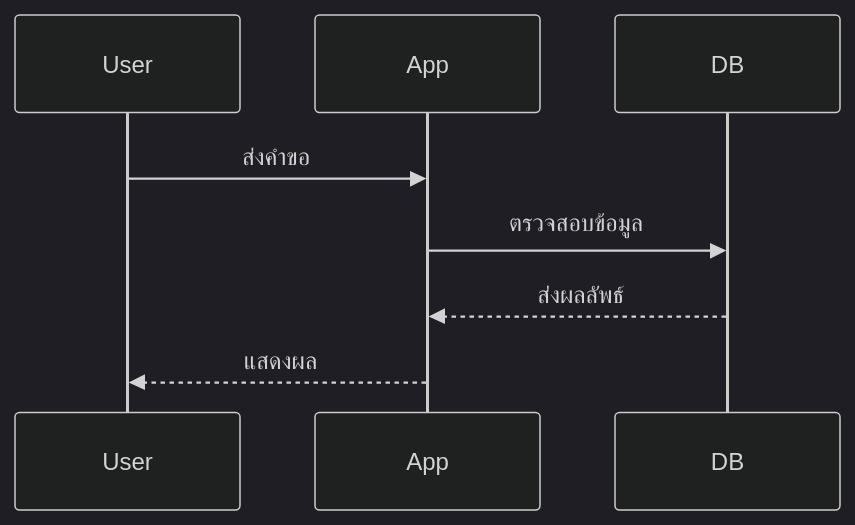
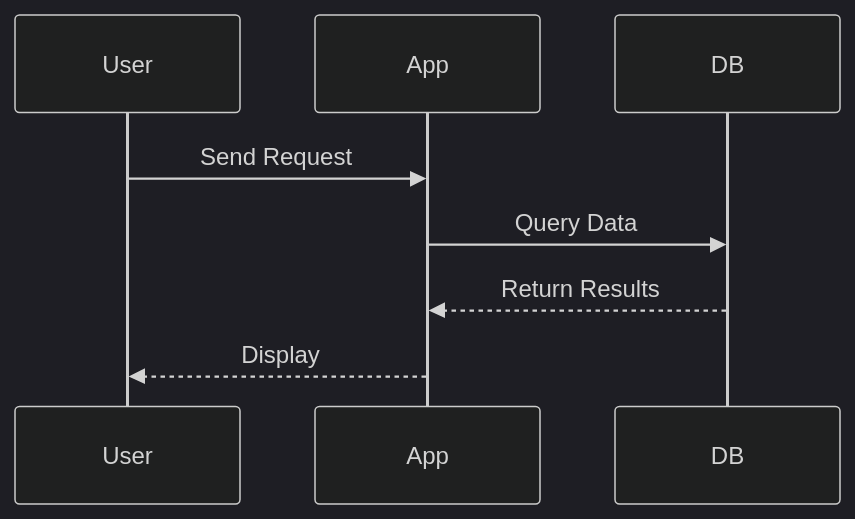
Before and after one commit to kapong/md2docx: the second of 3 diagrams in examples/thai-manual/ch04_advanced.md, drawn with Mermaid (dark theme). The commit also changed other lines of this file and 6 other files, not shown here.

Commit message:
feat: Improve mermaid rendering robustness with panic handling, edge label stripping fallback, and checks for problematic Unicode.

````diff
--- a/examples/thai-manual/ch04_advanced.md
+++ b/examples/thai-manual/ch04_advanced.md
@@ -493,11 +488,11 @@
 ```mermaid
 sequenceDiagram
     participant User
     participant App
     participant DB
     
-    User->>App: ส่งคำขอ
-    App->>DB: ตรวจสอบข้อมูล
-    DB-->>App: ส่งผลลัพธ์
-    App-->>User: แสดงผล
+    User->>App: Send Request
+    App->>DB: Query Data
+    DB-->>App: Return Results
+    App-->>User: Display
 ```
````
